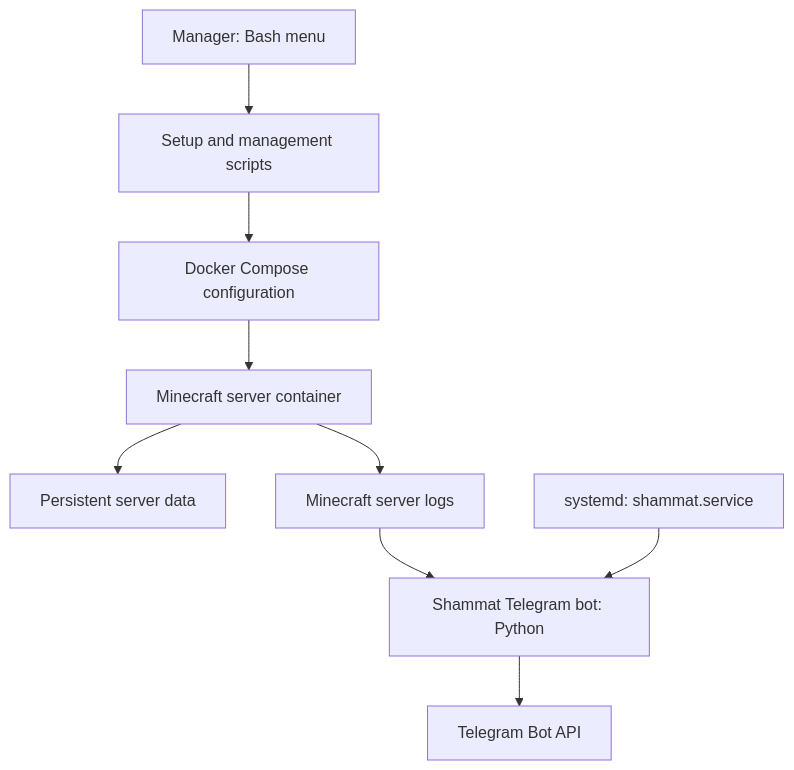
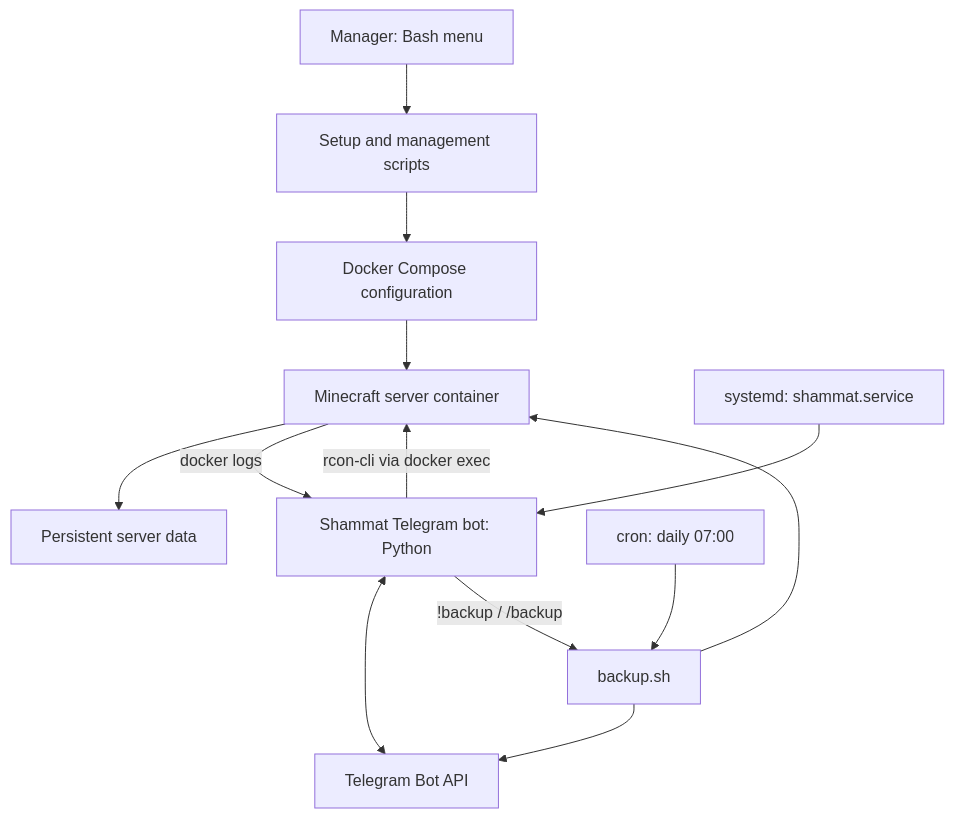
Before and after one commit to wissam-al-kahwaji/shammat: the first of 2 diagrams in README.md, drawn with Mermaid. The commit also changed other lines of this file, not shown here.

````diff
--- a/README.md
+++ b/README.md
@@ -142,11 +159,15 @@
 ```mermaid
 flowchart TD
-    A[Manager: Bash menu] --> B[Setup and management scripts]
-    B --> C[Docker Compose configuration]
-    C --> D[Minecraft server container]
-    D --> E[Persistent server data]
-    D --> F[Minecraft server logs]
-    F --> G[Shammat Telegram bot: Python]
-    G --> H[Telegram Bot API]
-    I[systemd: shammat.service] --> G
+    A["Manager: Bash menu"] --> B["Setup and management scripts"]
+    B --> C["Docker Compose configuration"]
+    C --> D["Minecraft server container"]
+    D --> E["Persistent server data"]
+    D -- "docker logs" --> G["Shammat Telegram bot: Python"]
+    G -- "rcon-cli via docker exec" --> D
+    G <--> H["Telegram Bot API"]
+    I["systemd: shammat.service"] --> G
+    J["cron: daily 07:00"] --> K["backup.sh"]
+    G -- "!backup / /backup" --> K
+    K --> D
+    K --> H
 ```
````
